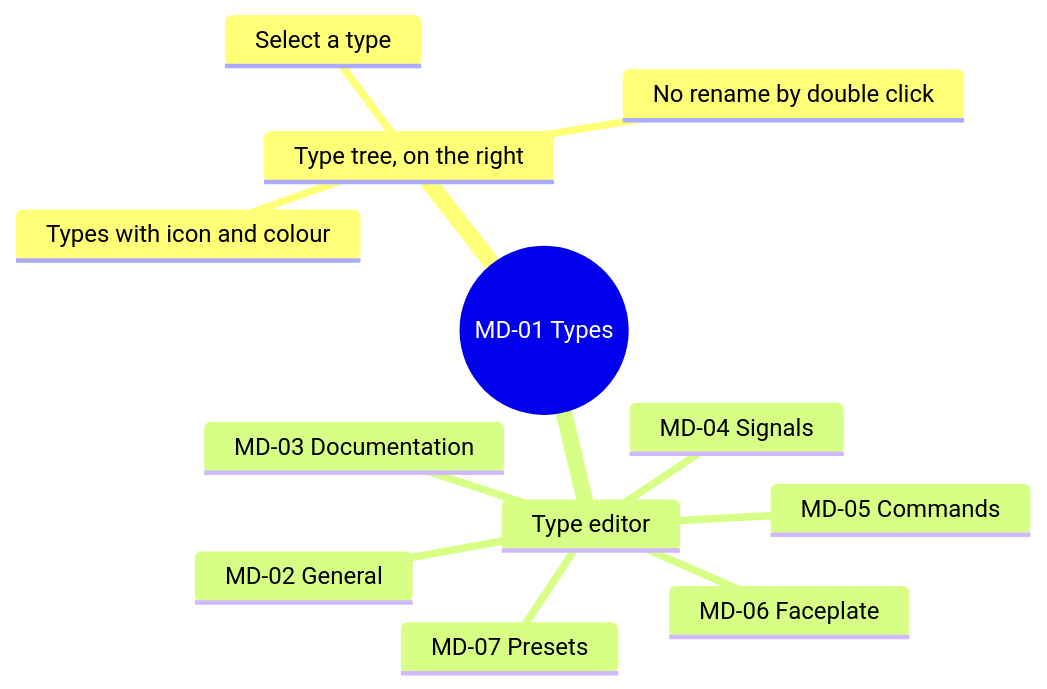
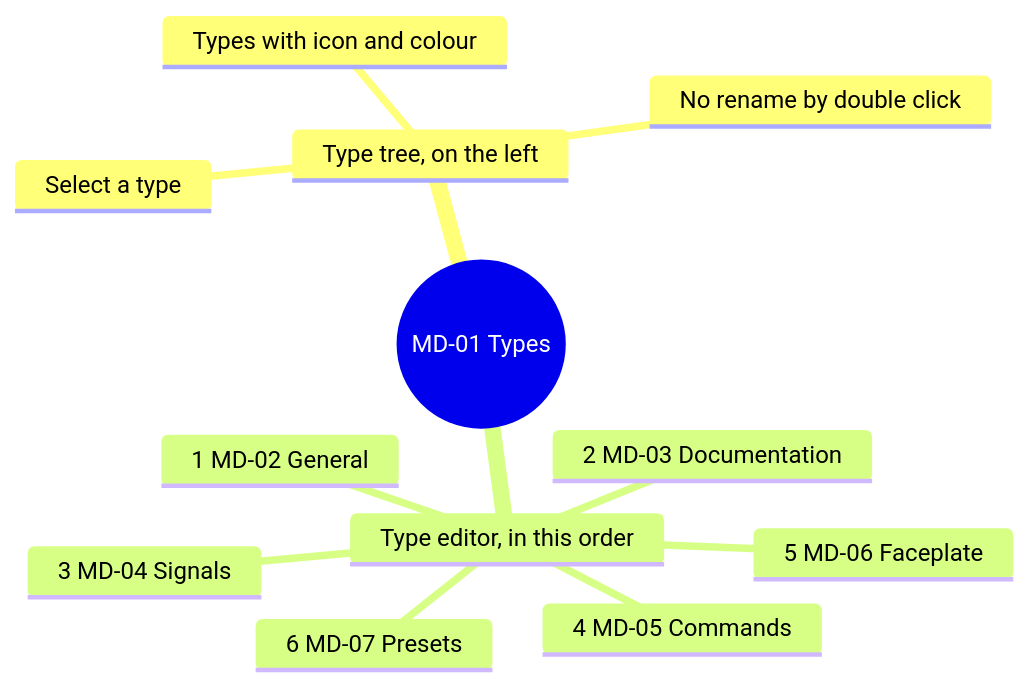
One commit to AlexandreGallais/synoptic-studio-spec changed the second of 14 diagrams in screens/metadata.md. Above: the diagram before and after it, drawn with Mermaid. The commit also changed other lines of this file and 14 other files, not shown here.

````diff
--- a/screens/metadata.md
+++ b/screens/metadata.md
@@ -13,15 +19,15 @@
 ```mermaid
 mindmap
   root((MD-01 Types))
-    Type tree, on the right
+    Type tree, on the left
       Types with icon and colour
       Select a type
       No rename by double click
-    Type editor
-      MD-02 General
-      MD-03 Documentation
-      MD-04 Signals
-      MD-05 Commands
-      MD-06 Faceplate
-      MD-07 Presets
+    Type editor, in this order
+      1 MD-02 General
+      2 MD-03 Documentation
+      3 MD-04 Signals
+      4 MD-05 Commands
+      5 MD-06 Faceplate
+      6 MD-07 Presets
 ```
````
